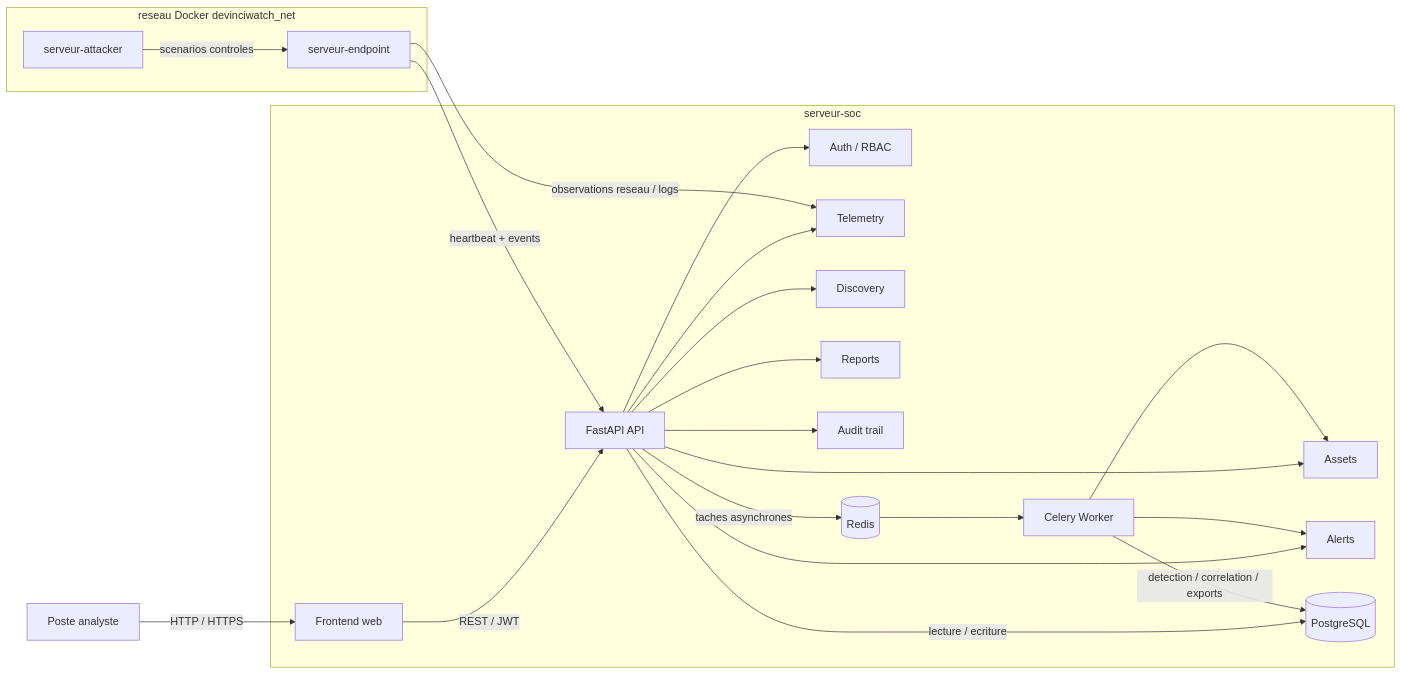
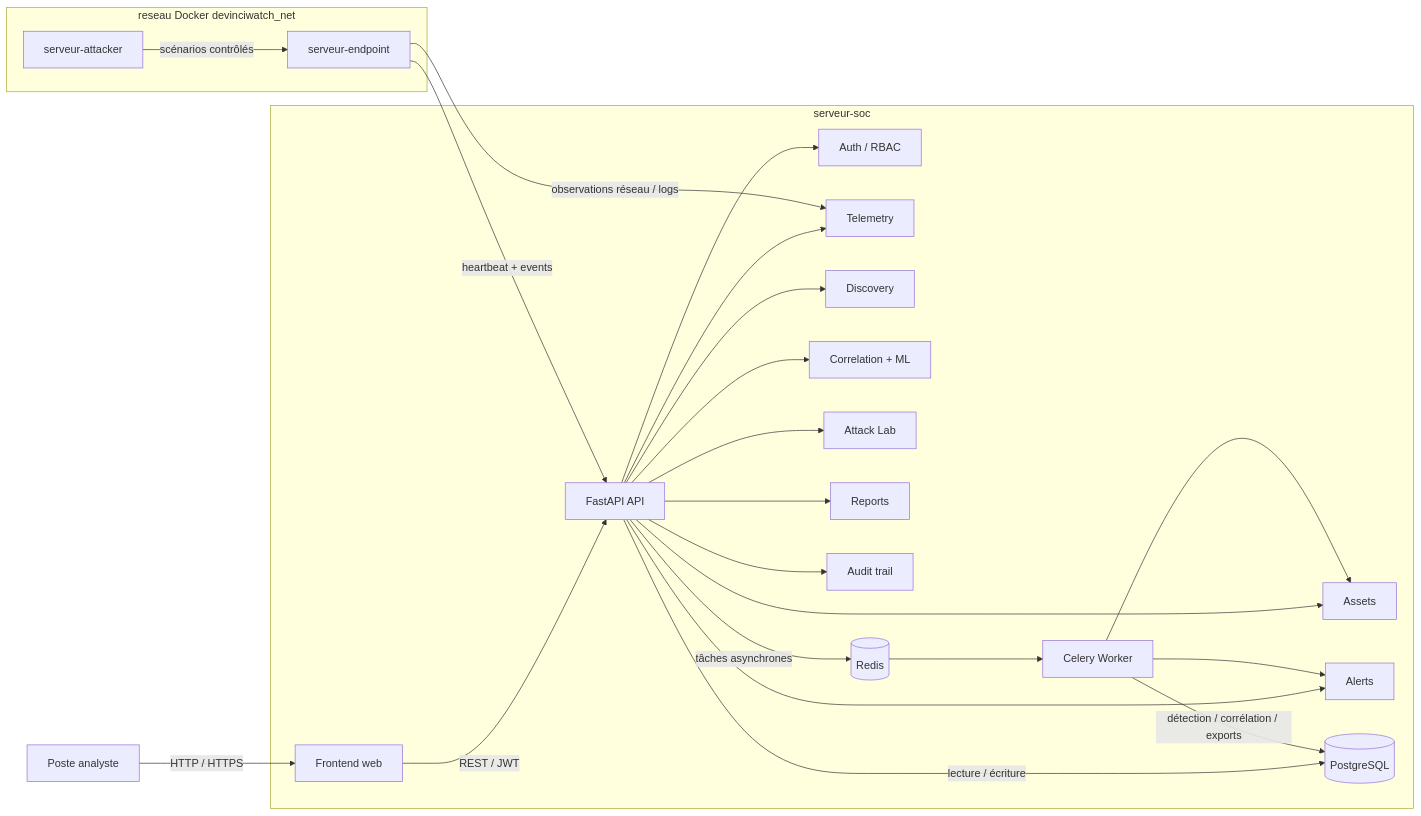
The diagram in README.md (yugmerabtene/PROJET-M2-CYBER-2026), drawn with Mermaid before and after one commit. The commit also changed other lines of this file, not shown here.

````diff
--- a/README.md
+++ b/README.md
@@ -29,31 +66,33 @@
 ```mermaid
 flowchart LR
     Analyst[Poste analyste] -->|HTTP / HTTPS| Web[Frontend web]
 
     subgraph SOC[serveur-soc]
         Web -->|REST / JWT| API[FastAPI API]
         API --> Auth[Auth / RBAC]
         API --> Telemetry[Telemetry]
         API --> Discovery[Discovery]
         API --> Assets[Assets]
         API --> Alerts[Alerts]
+        API --> Correlation[Correlation + ML]
+        API --> AttackLab[Attack Lab]
         API --> Reports[Reports]
         API --> Audit[Audit trail]
-
-        API -->|lecture / ecriture| DB[(PostgreSQL)]
-        API -->|taches asynchrones| Queue[(Redis)]
+        
+        API -->|lecture / écriture| DB[(PostgreSQL)]
+        API -->|tâches asynchrones| Queue[(Redis)]
         Queue --> Worker[Celery Worker]
-        Worker -->|detection / correlation / exports| DB
+        Worker -->|détection / corrélation / exports| DB
         Worker --> Alerts
         Worker --> Assets
     end
 
     subgraph Lab[reseau Docker devinciwatch_net]
         Endpoint[serveur-endpoint]
         Attacker[serveur-attacker]
     end
 
     Endpoint -->|heartbeat + events| API
-    Endpoint -->|observations reseau / logs| Telemetry
-    Attacker -->|scenarios controles| Endpoint
+    Endpoint -->|observations réseau / logs| Telemetry
+    Attacker -->|scénarios contrôlés| Endpoint
 ```
````
